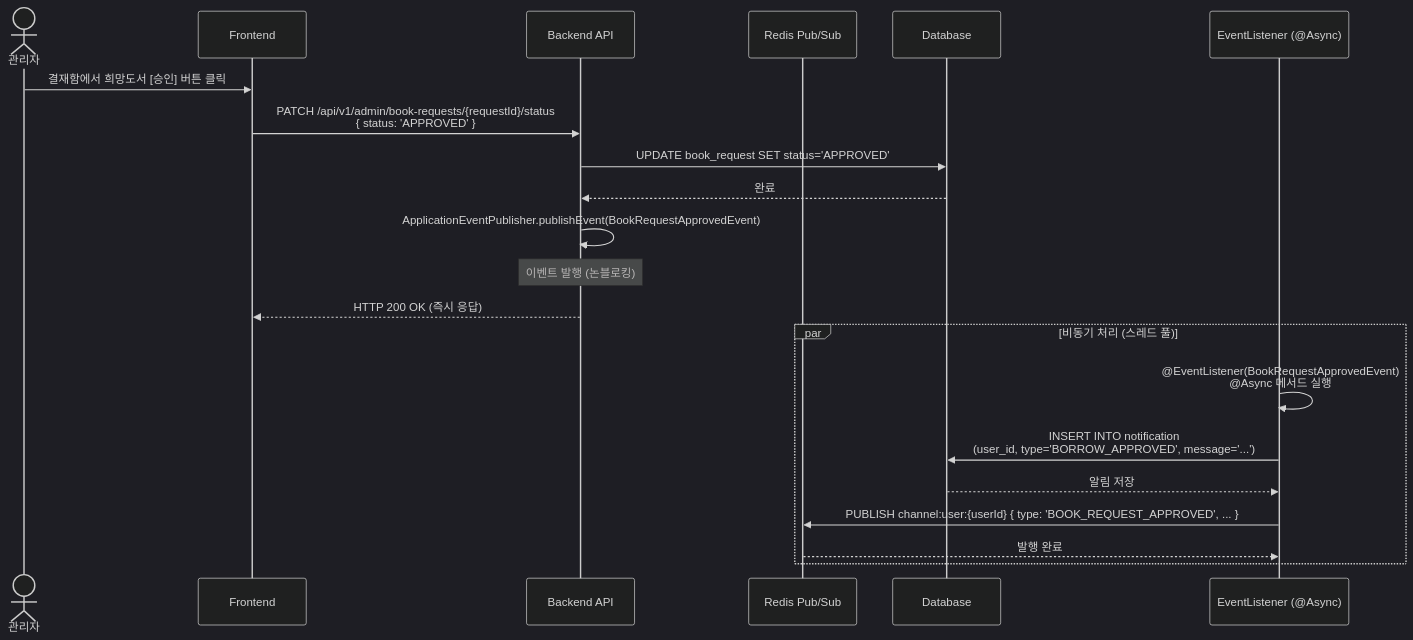
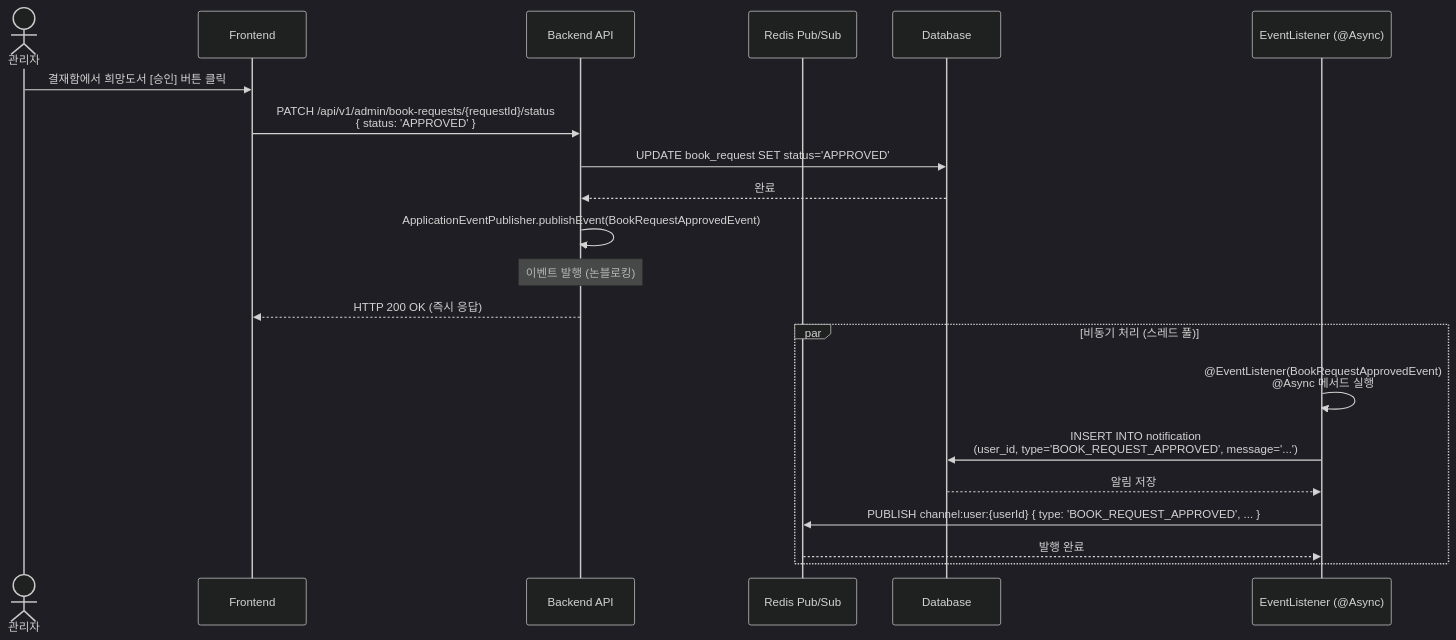
Before and after one commit to Boogieman-lab/book-management-system: the first of 7 diagrams in docs/02_design/architecture/sequence/notification_sequence.md, drawn with Mermaid (dark theme). The commit also changed other lines of this file and 2 other files, not shown here.

````diff
--- a/docs/02_design/architecture/sequence/notification_sequence.md
+++ b/docs/02_design/architecture/sequence/notification_sequence.md
@@ -9,30 +9,30 @@
 ```mermaid
 sequenceDiagram
     actor Admin as 관리자
     participant Client as Frontend
     participant Server as Backend API
     participant Redis as Redis Pub/Sub
     participant DB as Database
     participant Event as EventListener (@Async)
 
     Admin->>Client: 결재함에서 희망도서 [승인] 버튼 클릭
     Client->>Server: PATCH /api/v1/admin/book-requests/{requestId}/status<br>{ status: 'APPROVED' }
 
     Server->>DB: UPDATE book_request SET status='APPROVED'
     DB-->>Server: 완료
 
     Server->>Server: ApplicationEventPublisher.publishEvent(BookRequestApprovedEvent)
     Note over Server: 이벤트 발행 (논블로킹)
 
     Server-->>Client: HTTP 200 OK (즉시 응답)
 
     par 비동기 처리 (스레드 풀)
         Event->>Event: @EventListener(BookRequestApprovedEvent)<br>@Async 메서드 실행
 
-        Event->>DB: INSERT INTO notification<br>(user_id, type='BORROW_APPROVED', message='...')
+        Event->>DB: INSERT INTO notification<br>(user_id, type='BOOK_REQUEST_APPROVED', message='...')
         DB-->>Event: 알림 저장
 
         Event->>Redis: PUBLISH channel:user:{userId} { type: 'BOOK_REQUEST_APPROVED', ... }
         Redis-->>Event: 발행 완료
     end
 ```
````
